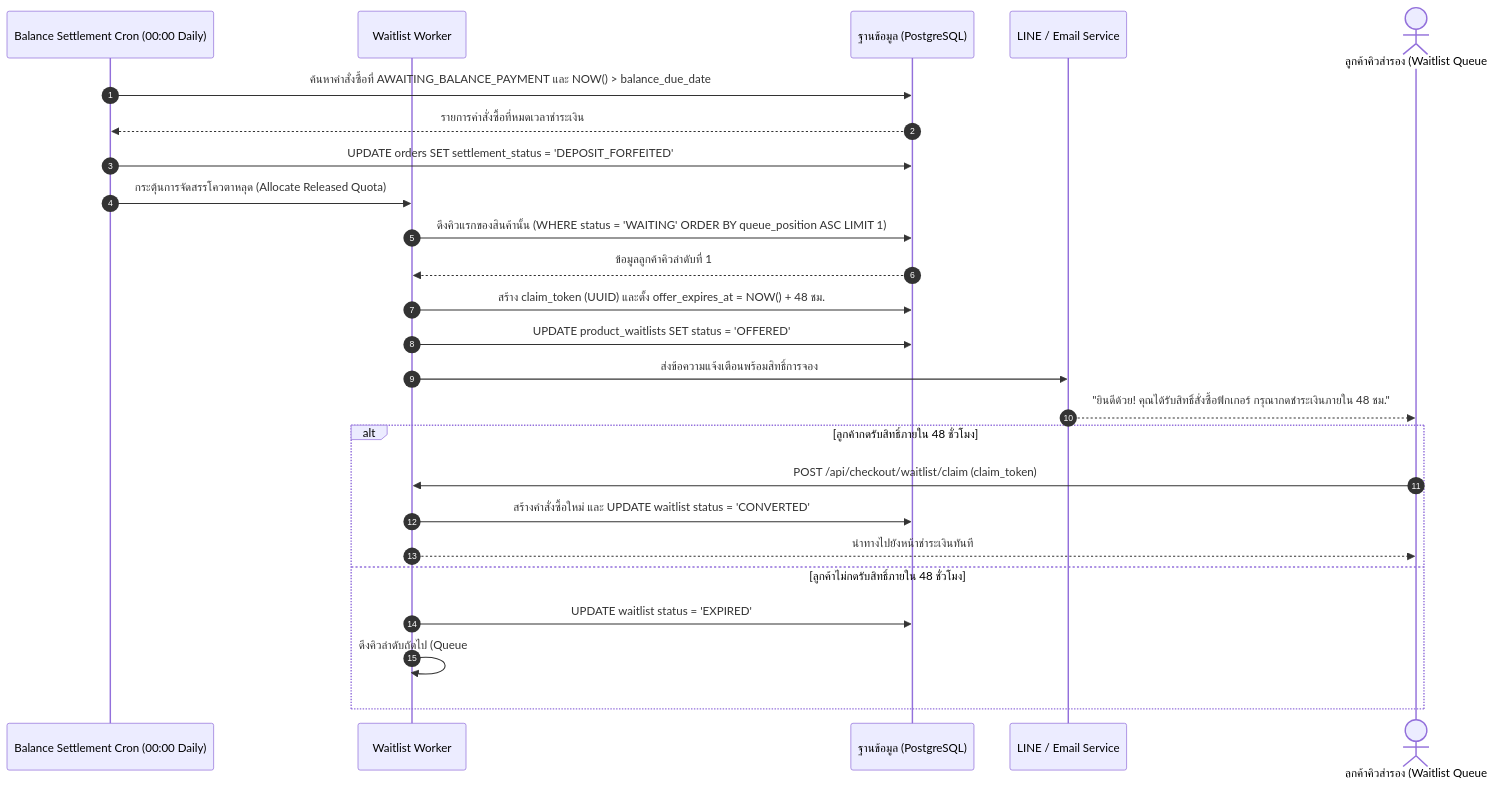
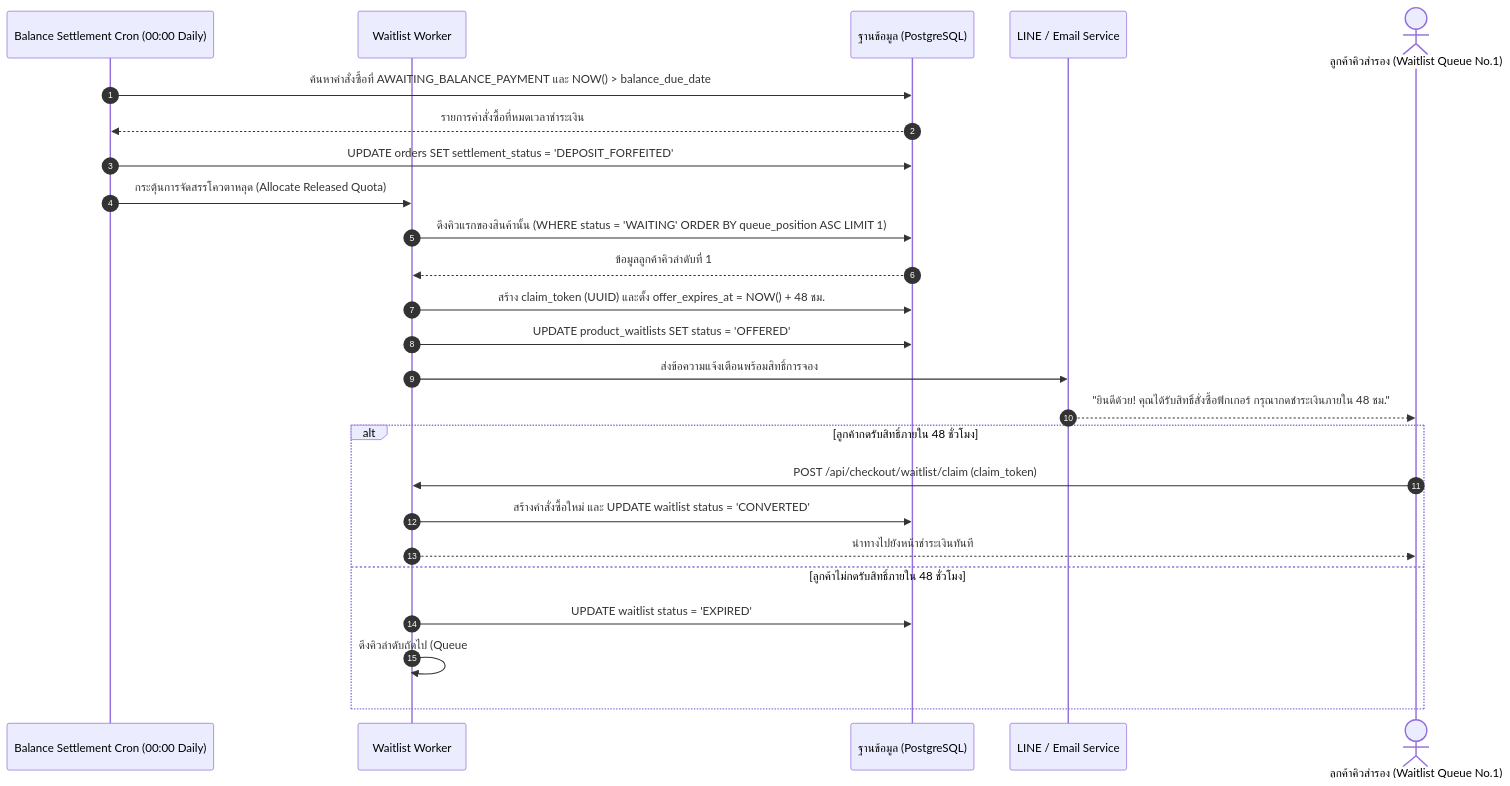
The seventh of 13 diagrams in SYSTEM_ANALYSIS.md (siradechsri-ux/manga-collectibles-store), drawn with Mermaid before and after one commit. The commit also changed other lines of this file and 7 other files, not shown here.

````diff
--- a/SYSTEM_ANALYSIS.md
+++ b/SYSTEM_ANALYSIS.md
@@ -841,31 +841,31 @@
 ```mermaid
 sequenceDiagram
     autonumber
     participant Cron as Balance Settlement Cron (00:00 Daily)
     participant WaitlistWorker as Waitlist Worker
     participant DB as ฐานข้อมูล (PostgreSQL)
     participant Notification as LINE / Email Service
-    actor WaitlistUser as ลูกค้าคิวสำรอง (Waitlist Queue #1)
+    actor WaitlistUser as ลูกค้าคิวสำรอง (Waitlist Queue No.1)
 
     Cron->>DB: ค้นหาคำสั่งซื้อที่ AWAITING_BALANCE_PAYMENT และ NOW() > balance_due_date
     DB-->>Cron: รายการคำสั่งซื้อที่หมดเวลาชำระเงิน
     Cron->>DB: UPDATE orders SET settlement_status = 'DEPOSIT_FORFEITED'
     
     Cron->>WaitlistWorker: กระตุ้นการจัดสรรโควตาหลุด (Allocate Released Quota)
     WaitlistWorker->>DB: ดึงคิวแรกของสินค้านั้น (WHERE status = 'WAITING' ORDER BY queue_position ASC LIMIT 1)
     DB-->>WaitlistWorker: ข้อมูลลูกค้าคิวลำดับที่ 1
     
     WaitlistWorker->>DB: สร้าง claim_token (UUID) และตั้ง offer_expires_at = NOW() + 48 ชม.
     WaitlistWorker->>DB: UPDATE product_waitlists SET status = 'OFFERED'
     WaitlistWorker->>Notification: ส่งข้อความแจ้งเตือนพร้อมสิทธิ์การจอง
     Notification-->>WaitlistUser: "ยินดีด้วย! คุณได้รับสิทธิ์สั่งซื้อฟิกเกอร์ กรุณากดชำระเงินภายใน 48 ชม."
 
     alt ลูกค้ากดรับสิทธิ์ภายใน 48 ชั่วโมง
         WaitlistUser->>WaitlistWorker: POST /api/checkout/waitlist/claim (claim_token)
         WaitlistWorker->>DB: สร้างคำสั่งซื้อใหม่ และ UPDATE waitlist status = 'CONVERTED'
         WaitlistWorker-->>WaitlistUser: นำทางไปยังหน้าชำระเงินทันที
     else ลูกค้าไม่กดรับสิทธิ์ภายใน 48 ชั่วโมง
         WaitlistWorker->>DB: UPDATE waitlist status = 'EXPIRED'
         WaitlistWorker->>WaitlistWorker: ดึงคิวลำดับถัดไป (Queue #2) วนลูปการทำงาน
     end
 ```
````
